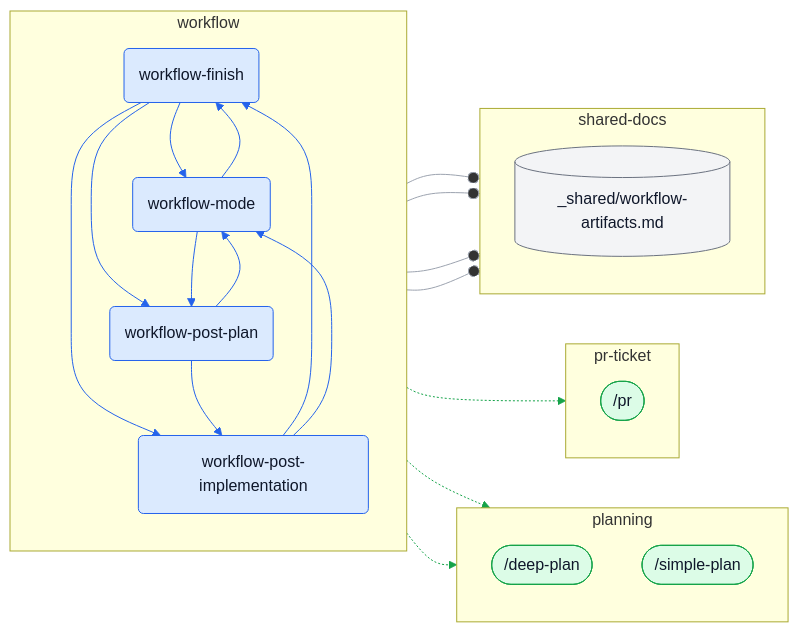
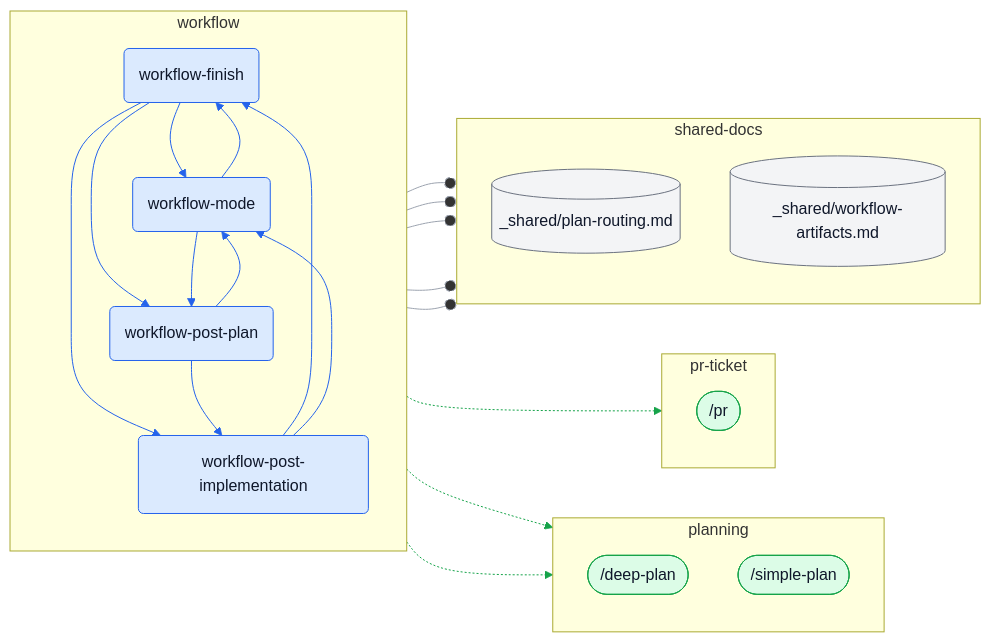
Before and after one commit to ybarsotti/dotfiles: the tenth of 10 diagrams in docs/skills-map.md, drawn with Mermaid. The commit also changed other lines of this file and 30 other files, not shown here.

````diff
--- a/docs/skills-map.md
+++ b/docs/skills-map.md
@@ -746,61 +741,64 @@
 ```mermaid
 flowchart LR
   subgraph cl_planning["planning"]
     direction TB
     c_deep_plan(["/deep-plan"]):::command
     c_simple_plan(["/simple-plan"]):::command
   end
   subgraph cl_pr_ticket["pr-ticket"]
     direction TB
     c_pr(["/pr"]):::command
   end
   subgraph cl_shared_docs["shared-docs"]
     direction TB
+    d_plan_routing[("_shared/plan-routing.md")]:::shared
     d_workflow_artifacts[("_shared/workflow-artifacts.md")]:::shared
   end
   subgraph cl_workflow["workflow"]
     direction TB
     s_workflow_finish("workflow-finish"):::skill
     s_workflow_mode("workflow-mode"):::skill
     s_workflow_post_implementation("workflow-post-implementation"):::skill
     s_workflow_post_plan("workflow-post-plan"):::skill
   end
   s_workflow_finish -.-> c_pr
   s_workflow_finish --o d_workflow_artifacts
   s_workflow_finish --> s_workflow_mode
   s_workflow_finish --> s_workflow_post_implementation
   s_workflow_finish --> s_workflow_post_plan
   s_workflow_mode -.-> c_deep_plan
   s_workflow_mode -.-> c_simple_plan
+  s_workflow_mode --o d_plan_routing
   s_workflow_mode --o d_workflow_artifacts
   s_workflow_mode --> s_workflow_finish
   s_workflow_mode --> s_workflow_post_plan
   s_workflow_post_implementation --o d_workflow_artifacts
   s_workflow_post_implementation --> s_workflow_finish
   s_workflow_post_implementation --> s_workflow_mode
   s_workflow_post_plan --o d_workflow_artifacts
   s_workflow_post_plan --> s_workflow_mode
   s_workflow_post_plan --> s_workflow_post_implementation
   linkStyle 0 stroke:#16a34a
   linkStyle 1 stroke:#9ca3af
   linkStyle 2 stroke:#2563eb
   linkStyle 3 stroke:#2563eb
   linkStyle 4 stroke:#2563eb
   linkStyle 5 stroke:#16a34a
   linkStyle 6 stroke:#16a34a
   linkStyle 7 stroke:#9ca3af
-  linkStyle 8 stroke:#2563eb
+  linkStyle 8 stroke:#9ca3af
   linkStyle 9 stroke:#2563eb
-  linkStyle 10 stroke:#9ca3af
-  linkStyle 11 stroke:#2563eb
+  linkStyle 10 stroke:#2563eb
+  linkStyle 11 stroke:#9ca3af
   linkStyle 12 stroke:#2563eb
-  linkStyle 13 stroke:#9ca3af
-  linkStyle 14 stroke:#2563eb
+  linkStyle 13 stroke:#2563eb
+  linkStyle 14 stroke:#9ca3af
   linkStyle 15 stroke:#2563eb
+  linkStyle 16 stroke:#2563eb
   classDef skill fill:#dbeafe,stroke:#2563eb,color:#0f172a
   classDef command fill:#dcfce7,stroke:#16a34a,color:#0f172a
   classDef agent fill:#fce7f3,stroke:#db2777,color:#0f172a
   classDef shared fill:#f3f4f6,stroke:#6b7280,color:#0f172a
   classDef external fill:#fef9c3,stroke:#a16207,color:#0f172a,stroke-dasharray:4 3
   classDef step fill:#ffffff,stroke:#6b7280,color:#0f172a,stroke-dasharray:2 2
 ```
````
